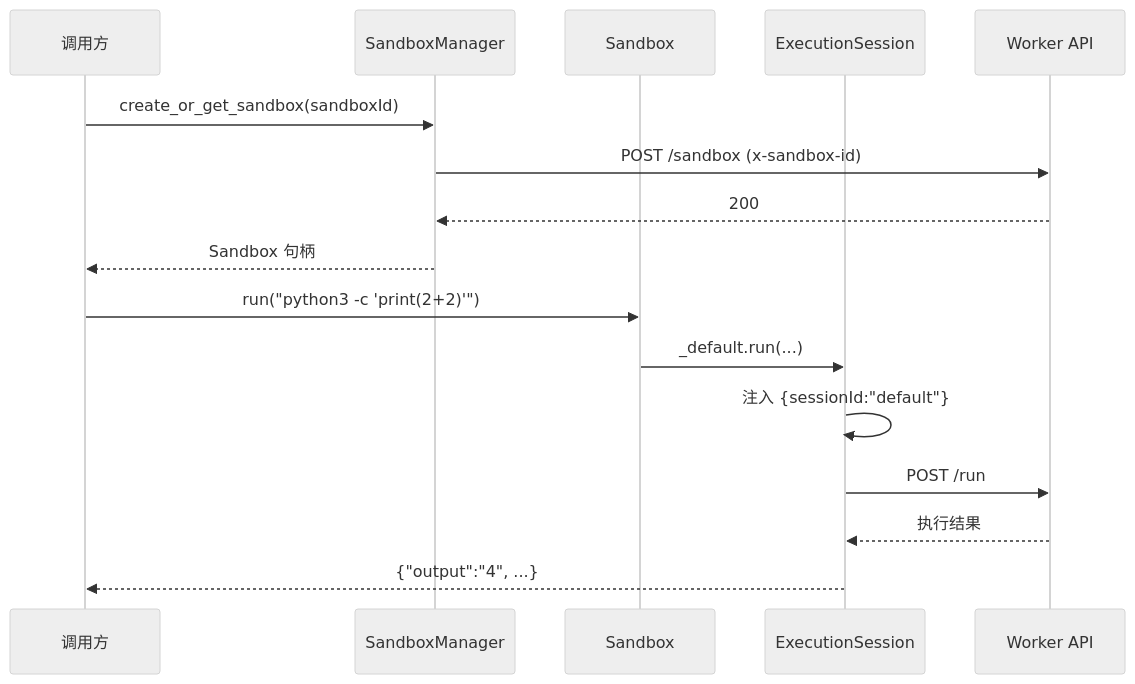
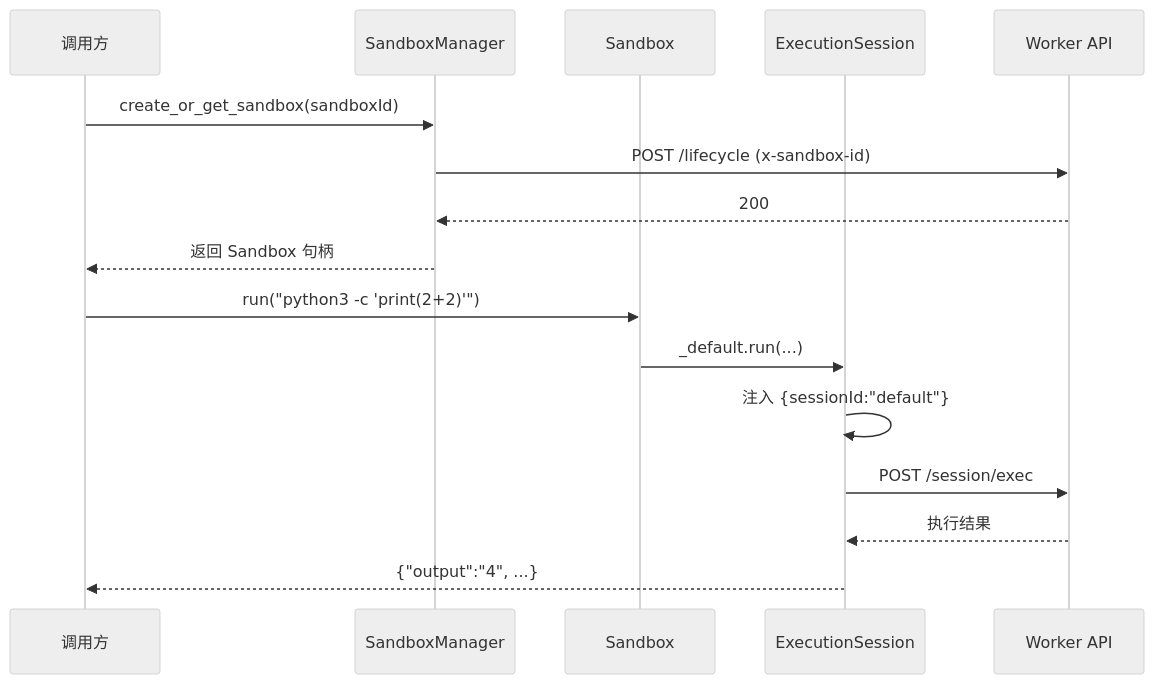
One commit to mbt1909432/artifact_sandbox changed the second of 2 diagrams in README.md. Above: the diagram before and after it, drawn with Mermaid (neutral theme). The commit also changed other lines of this file and 19 other files, not shown here.

````diff
--- a/README.md
+++ b/README.md
@@ -47,20 +52,20 @@
 ```mermaid
 sequenceDiagram
     participant User as 调用方
     participant Manager as SandboxManager
     participant Sandbox as Sandbox
     participant Session as ExecutionSession
     participant API as Worker API
 
     User->>Manager: create_or_get_sandbox(sandboxId)
-    Manager->>API: POST /sandbox (x-sandbox-id)
+    Manager->>API: POST /lifecycle (x-sandbox-id)
     API-->>Manager: 200
-    Manager-->>User: Sandbox 句柄
+    Manager-->>User: 返回 Sandbox 句柄
 
     User->>Sandbox: run("python3 -c 'print(2+2)'")
     Sandbox->>Session: _default.run(...)
     Session->>Session: 注入 {sessionId:"default"}
-    Session->>API: POST /run
+    Session->>API: POST /session/exec
     API-->>Session: 执行结果
     Session-->>User: {"output":"4", ...}
 ```
````
